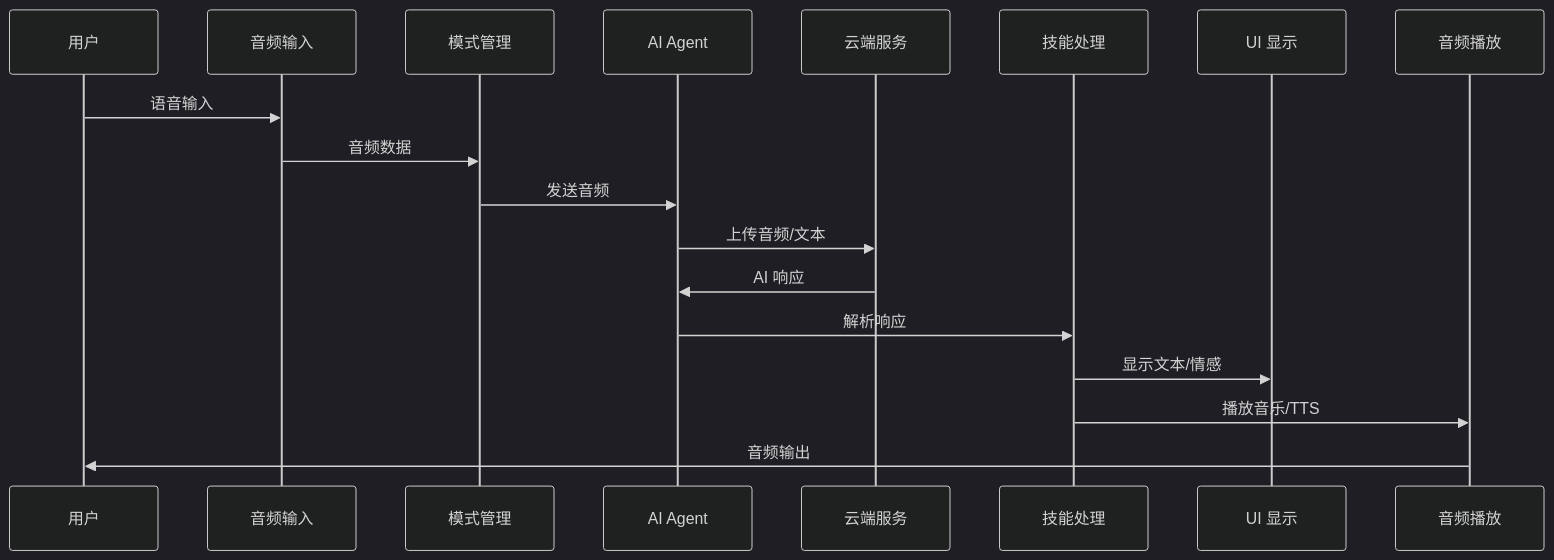
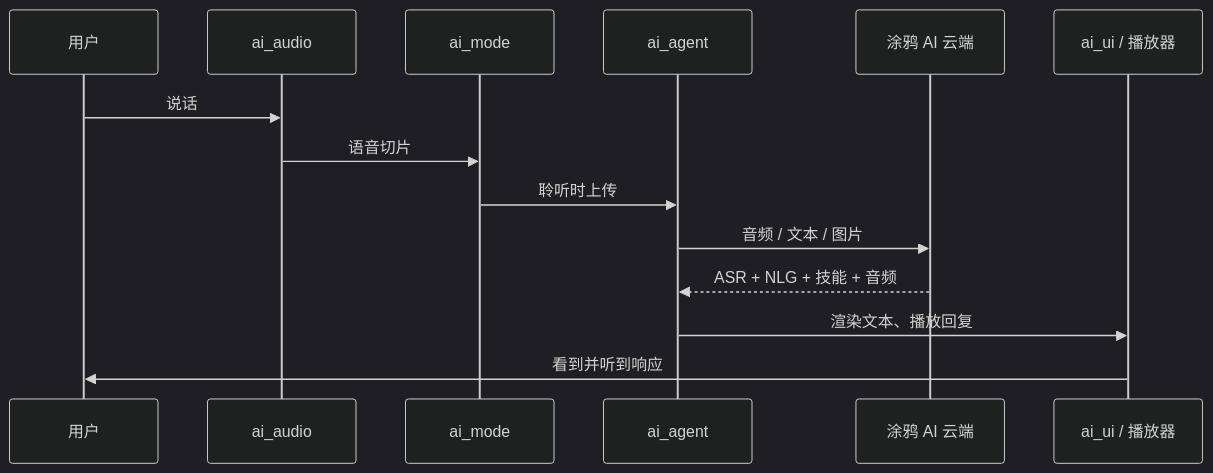
One commit to Tuya-Community/TuyaOpen.io changed the diagram in i18n/zh/docusaurus-plugin-content-docs/current/cloud/device-ai/ai-components/ai-components.md. Above: the diagram before and after it, drawn with Mermaid (dark theme). The commit also changed other lines of this file and 365 other files, not shown here.

````diff
--- a/i18n/zh/docusaurus-plugin-content-docs/current/cloud/device-ai/ai-components/ai-components.md
+++ b/i18n/zh/docusaurus-plugin-content-docs/current/cloud/device-ai/ai-components/ai-components.md
@@ -153,21 +27,16 @@
 ```mermaid
 sequenceDiagram
     participant User as 用户
-    participant Audio as 音频输入
-    participant Mode as 模式管理
-    participant Agent as AI Agent
-    participant Cloud as 云端服务
-    participant Skills as 技能处理
-    participant UI as UI 显示
-    participant Player as 音频播放
-    
-    User->>Audio: 语音输入
-    Audio->>Mode: 音频数据
-    Mode->>Agent: 发送音频
-    Agent->>Cloud: 上传音频/文本
-    Cloud->>Agent: AI 响应
-    Agent->>Skills: 解析响应
-    Skills->>UI: 显示文本/情感
-    Skills->>Player: 播放音乐/TTS
-    Player->>User: 音频输出
+    participant Audio as ai_audio
+    participant Mode as ai_mode
+    participant Agent as ai_agent
+    participant Cloud as 涂鸦 AI 云端
+    participant UI as ai_ui / 播放器
+    User->>Audio: 说话
+    Audio->>Mode: 语音切片
+    Mode->>Agent: 聆听时上传
+    Agent->>Cloud: 音频 / 文本 / 图片
+    Cloud-->>Agent: ASR + NLG + 技能 + 音频
+    Agent->>UI: 渲染文本、播放回复
+    UI->>User: 看到并听到响应
 ```
````
